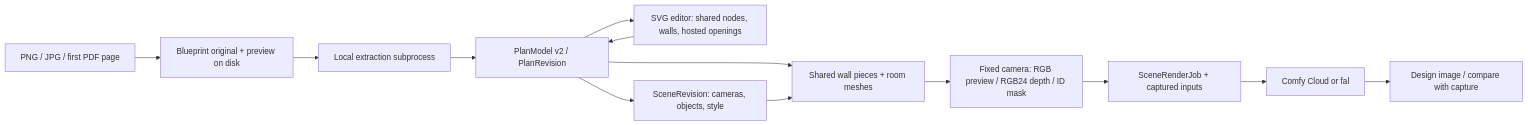
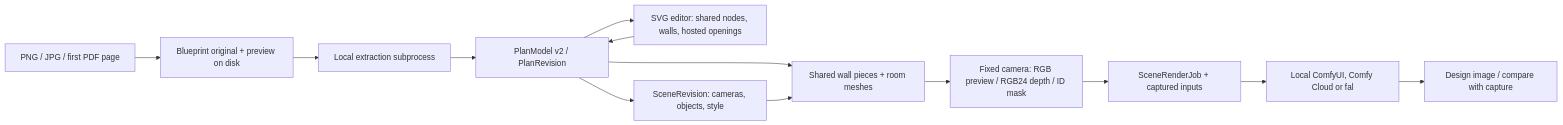
One commit to BeBarefoot/Florp changed the diagram in docs/ARCHITECTURE.md. Above: the diagram before and after it, drawn with Mermaid. The commit also changed other lines of this file and 5 other files, not shown here.

````diff
--- a/docs/ARCHITECTURE.md
+++ b/docs/ARCHITECTURE.md
@@ -10,15 +10,15 @@
 ```mermaid
 flowchart LR
   U[PNG / JPG / first PDF page] --> B[Blueprint original + preview on disk]
   B --> W[Local extraction subprocess]
   W --> P[PlanModel v2 / PlanRevision]
   P --> E[SVG editor: shared nodes, walls, hosted openings]
   E --> P
   P --> S[SceneRevision: cameras, objects, style]
   P --> M[Shared wall pieces + room meshes]
   S --> M
   M --> C[Fixed camera: RGB preview / RGB24 depth / ID mask]
   C --> J[SceneRenderJob + captured inputs]
-  J --> G[Comfy Cloud or fal]
+  J --> G[Local ComfyUI, Comfy Cloud or fal]
   G --> R[Design image / compare with capture]
 ```
````
